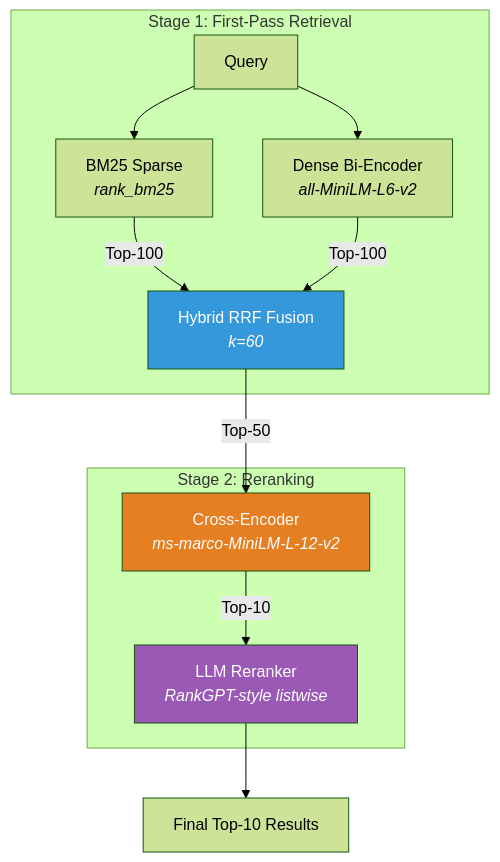
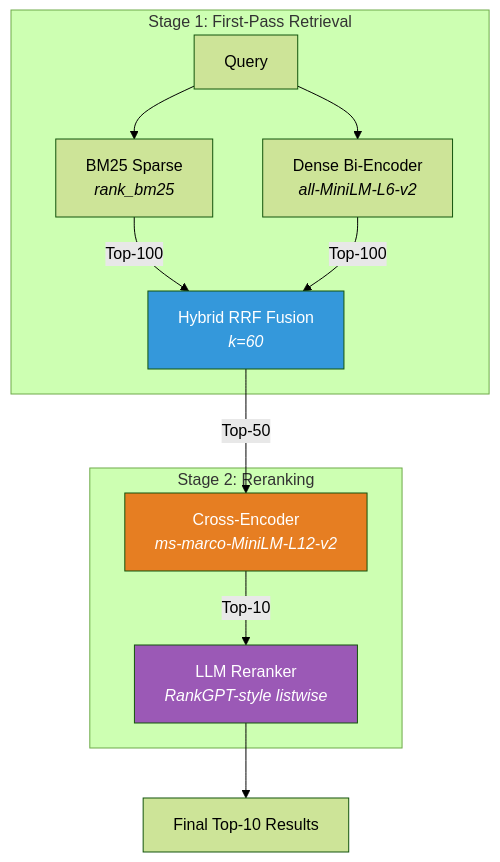
Before and after one commit to slavadubrov/search-ranking-stack: the first of 2 diagrams in docs/overview.md, drawn with Mermaid (forest theme). The commit also changed other lines of this file and 21 other files, not shown here.

````diff
--- a/docs/overview.md
+++ b/docs/overview.md
@@ -13,20 +13,20 @@
 ```mermaid
 flowchart TB
     subgraph "Stage 1: First-Pass Retrieval"
         Q[Query] --> BM25["BM25 Sparse<br/><i>rank_bm25</i>"]
         Q --> Dense["Dense Bi-Encoder<br/><i>all-MiniLM-L6-v2</i>"]
         BM25 --> |"Top-100"| RRF["Hybrid RRF Fusion<br/><i>k=60</i>"]
         Dense --> |"Top-100"| RRF
     end
 
     subgraph "Stage 2: Reranking"
-        RRF --> |"Top-50"| CE["Cross-Encoder<br/><i>ms-marco-MiniLM-L-12-v2</i>"]
+        RRF --> |"Top-50"| CE["Cross-Encoder<br/><i>ms-marco-MiniLM-L12-v2</i>"]
         CE --> |"Top-10"| LLM["LLM Reranker<br/><i>RankGPT-style listwise</i>"]
     end
 
     LLM --> Results["Final Top-10 Results"]
 
     style RRF fill:#3498db,color:white
     style CE fill:#e67e22,color:white
     style LLM fill:#9b59b6,color:white
 ```
````
